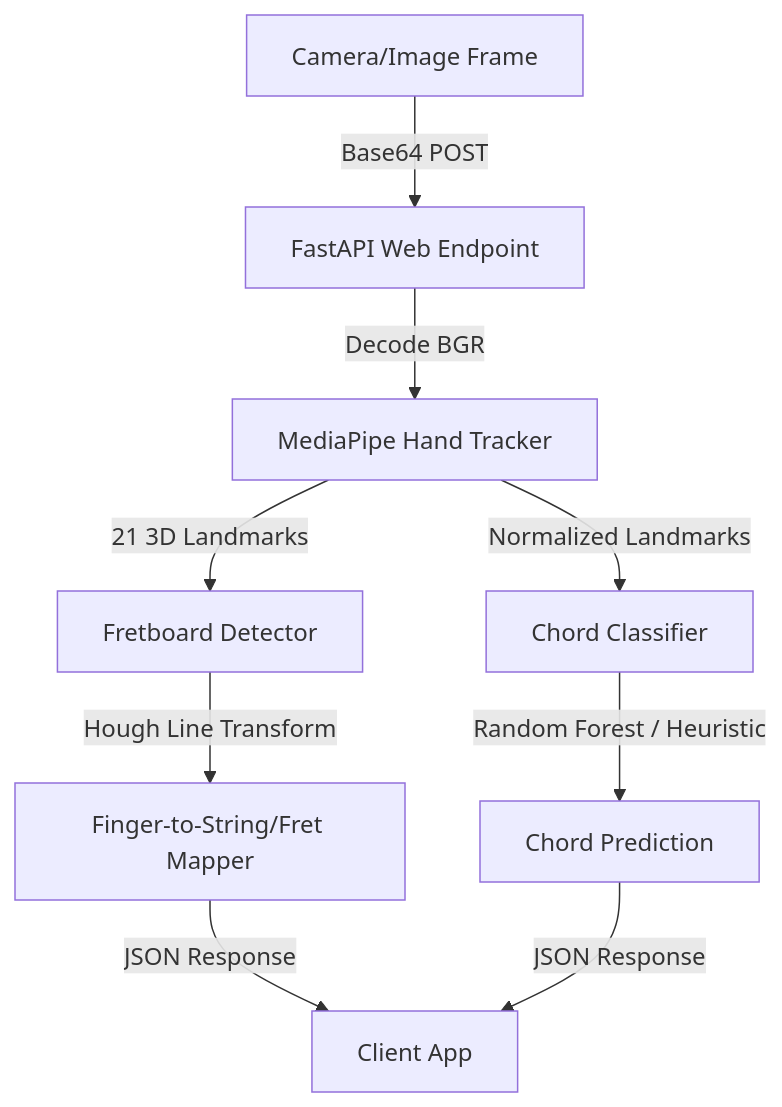
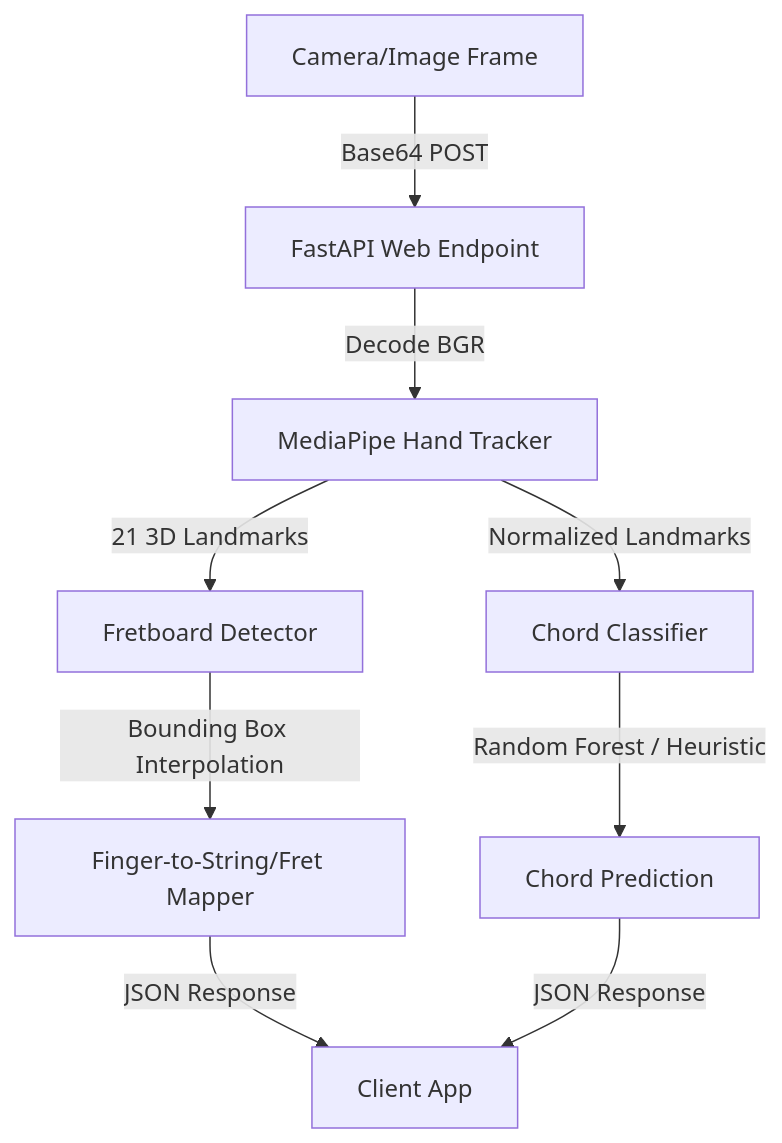
One commit to P-M-Manmohan/Guitar_Trainer changed the diagram in ml-service/ml_service_summary.md. Above: the diagram before and after it, drawn with Mermaid. The commit also changed other lines of this file and 16 other files, not shown here.

````diff
--- a/ml-service/ml_service_summary.md
+++ b/ml-service/ml_service_summary.md
@@ -5,10 +5,10 @@
 ```mermaid
 graph TD
     Frame[Camera/Image Frame] -->|Base64 POST| API[FastAPI Web Endpoint]
     API -->|Decode BGR| MT[MediaPipe Hand Tracker]
     MT -->|21 3D Landmarks| FD[Fretboard Detector]
     MT -->|Normalized Landmarks| FC[Chord Classifier]
-    FD -->|Hough Line Transform| Map[Finger-to-String/Fret Mapper]
+    FD -->|Bounding Box Interpolation| Map[Finger-to-String/Fret Mapper]
     FC -->|Random Forest / Heuristic| Class[Chord Prediction]
     Map & Class -->|JSON Response| Client[Client App]
 ```
````
